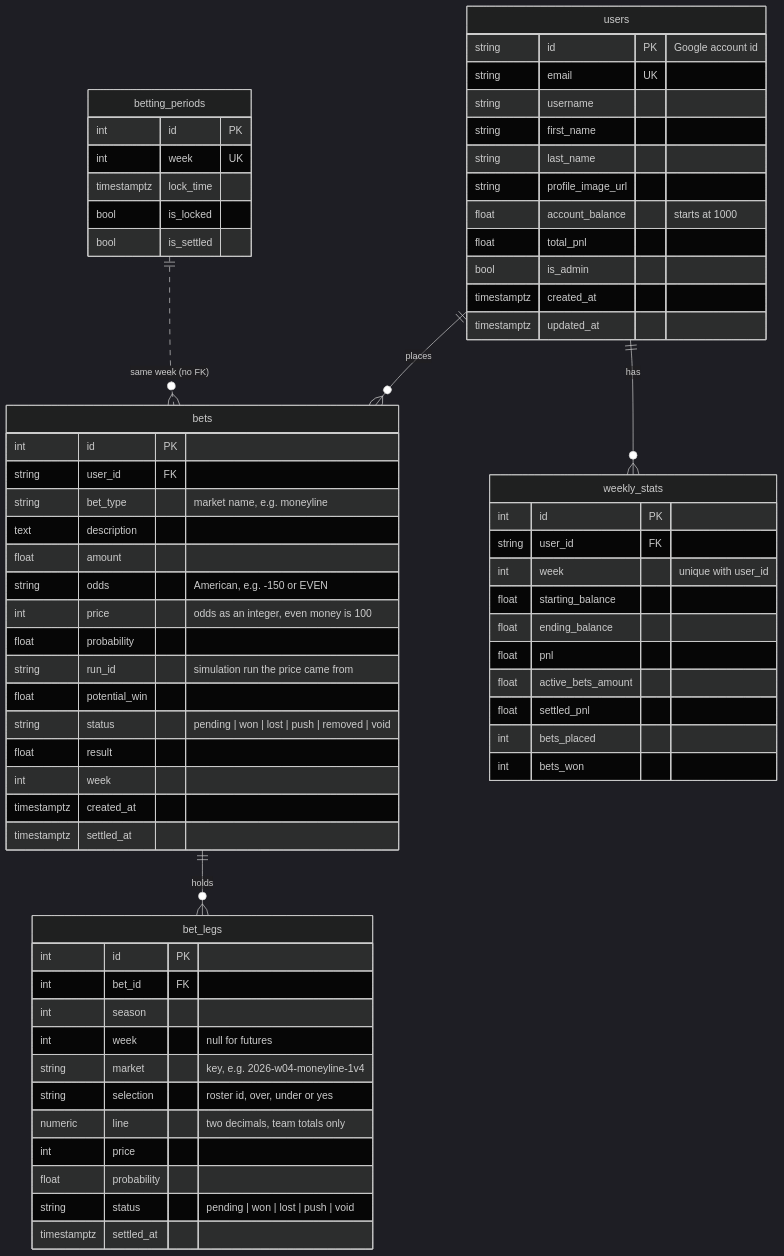
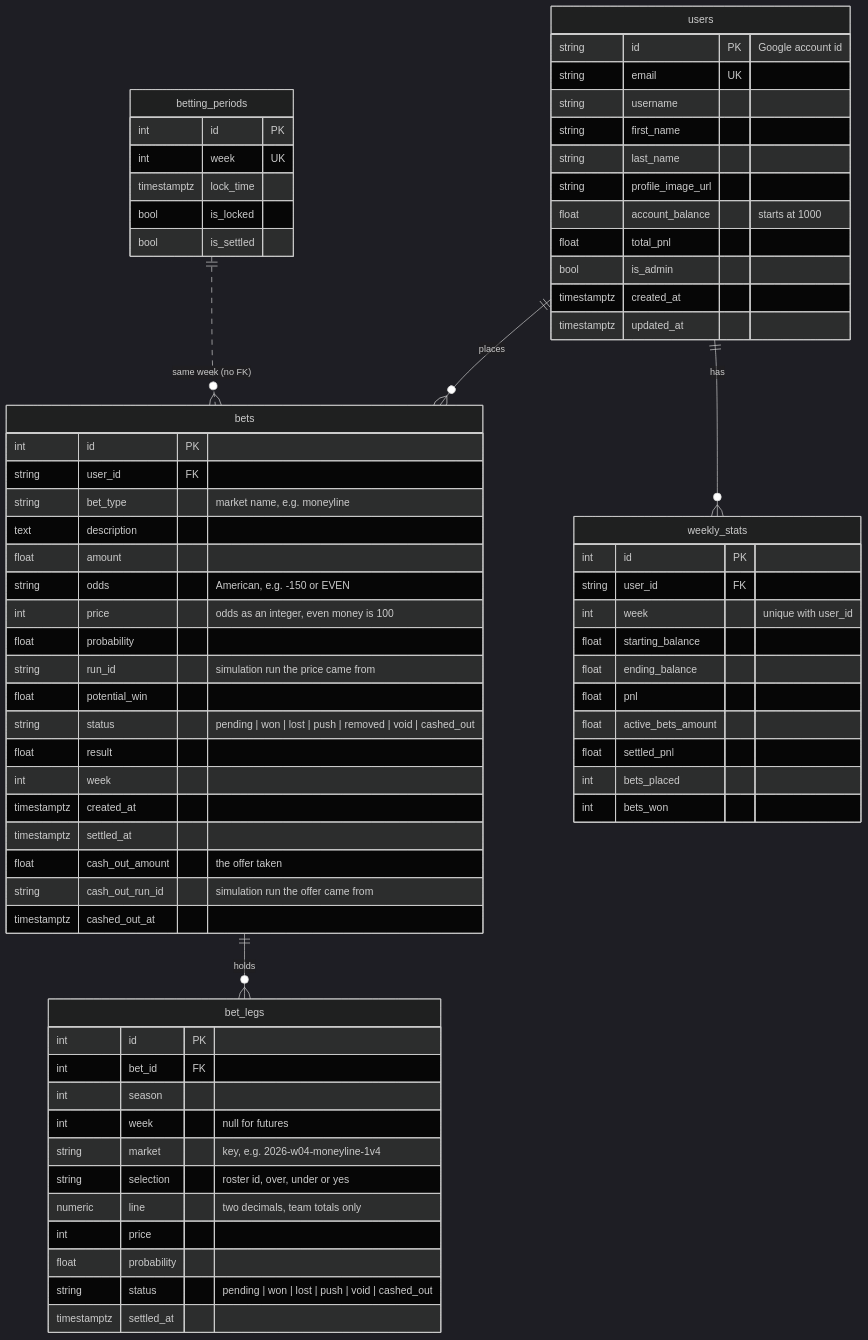
The second of 3 diagrams in docs/architecture/04-data-model.md (sfaizi24/TNCasino), drawn with Mermaid (dark theme) before and after one commit. The commit also changed other lines of this file and 2 other files, not shown here.

Commit message:
Document cash-out: the offer, the refusals, the accounting and the new columns
Claude-Session: https://claude.ai/code/session_01EQ371STQhM6juDJ64EGbmd

````diff
--- a/docs/architecture/04-data-model.md
+++ b/docs/architecture/04-data-model.md
@@ -104,70 +104,73 @@
 ```mermaid
 erDiagram
     users ||--o{ bets : places
     users ||--o{ weekly_stats : has
     bets ||--o{ bet_legs : holds
     betting_periods ||..o{ bets : "same week (no FK)"
 
     users {
         string id PK "Google account id"
         string email UK
         string username
         string first_name
         string last_name
         string profile_image_url
         float account_balance "starts at 1000"
         float total_pnl
         bool is_admin
         timestamptz created_at
         timestamptz updated_at
     }
     bets {
         int id PK
         string user_id FK
         string bet_type "market name, e.g. moneyline"
         text description
         float amount
         string odds "American, e.g. -150 or EVEN"
         int price "odds as an integer, even money is 100"
         float probability
         string run_id "simulation run the price came from"
         float potential_win
-        string status "pending | won | lost | push | removed | void"
+        string status "pending | won | lost | push | removed | void | cashed_out"
         float result
         int week
         timestamptz created_at
         timestamptz settled_at
+        float cash_out_amount "the offer taken"
+        string cash_out_run_id "simulation run the offer came from"
+        timestamptz cashed_out_at
     }
     bet_legs {
         int id PK
         int bet_id FK
         int season
         int week "null for futures"
         string market "key, e.g. 2026-w04-moneyline-1v4"
         string selection "roster id, over, under or yes"
         numeric line "two decimals, team totals only"
         int price
         float probability
-        string status "pending | won | lost | push | void"
+        string status "pending | won | lost | push | void | cashed_out"
         timestamptz settled_at
     }
     weekly_stats {
         int id PK
         string user_id FK
         int week "unique with user_id"
         float starting_balance
         float ending_balance
         float pnl
         float active_bets_amount
         float settled_pnl
         int bets_placed
         int bets_won
     }
     betting_periods {
         int id PK
         int week UK
         timestamptz lock_time
         bool is_locked
         bool is_settled
     }
 ```
````
